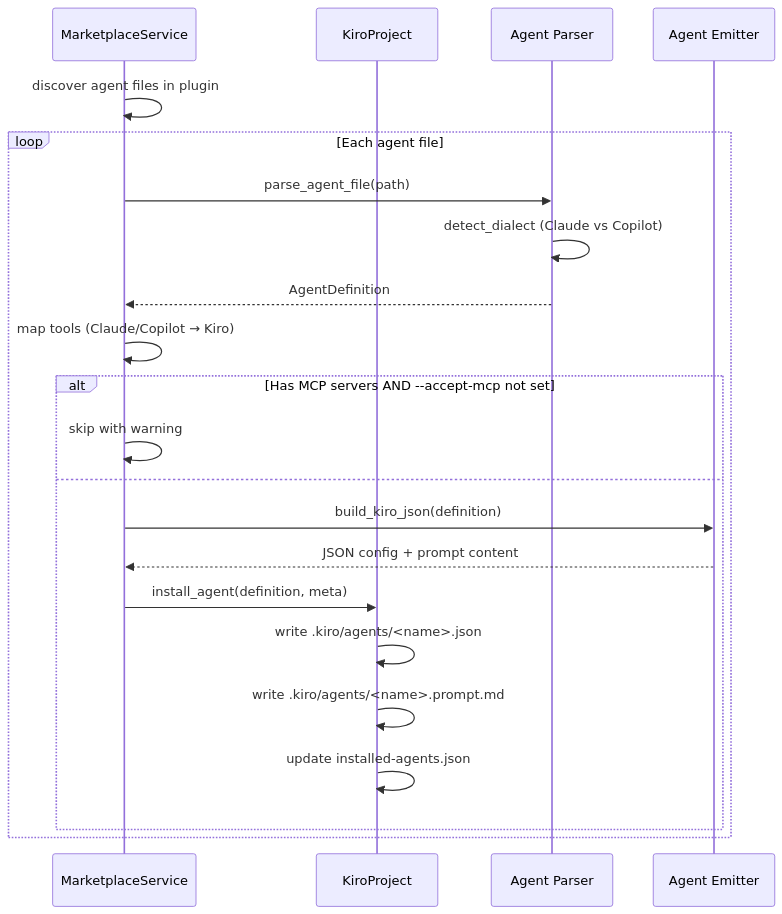
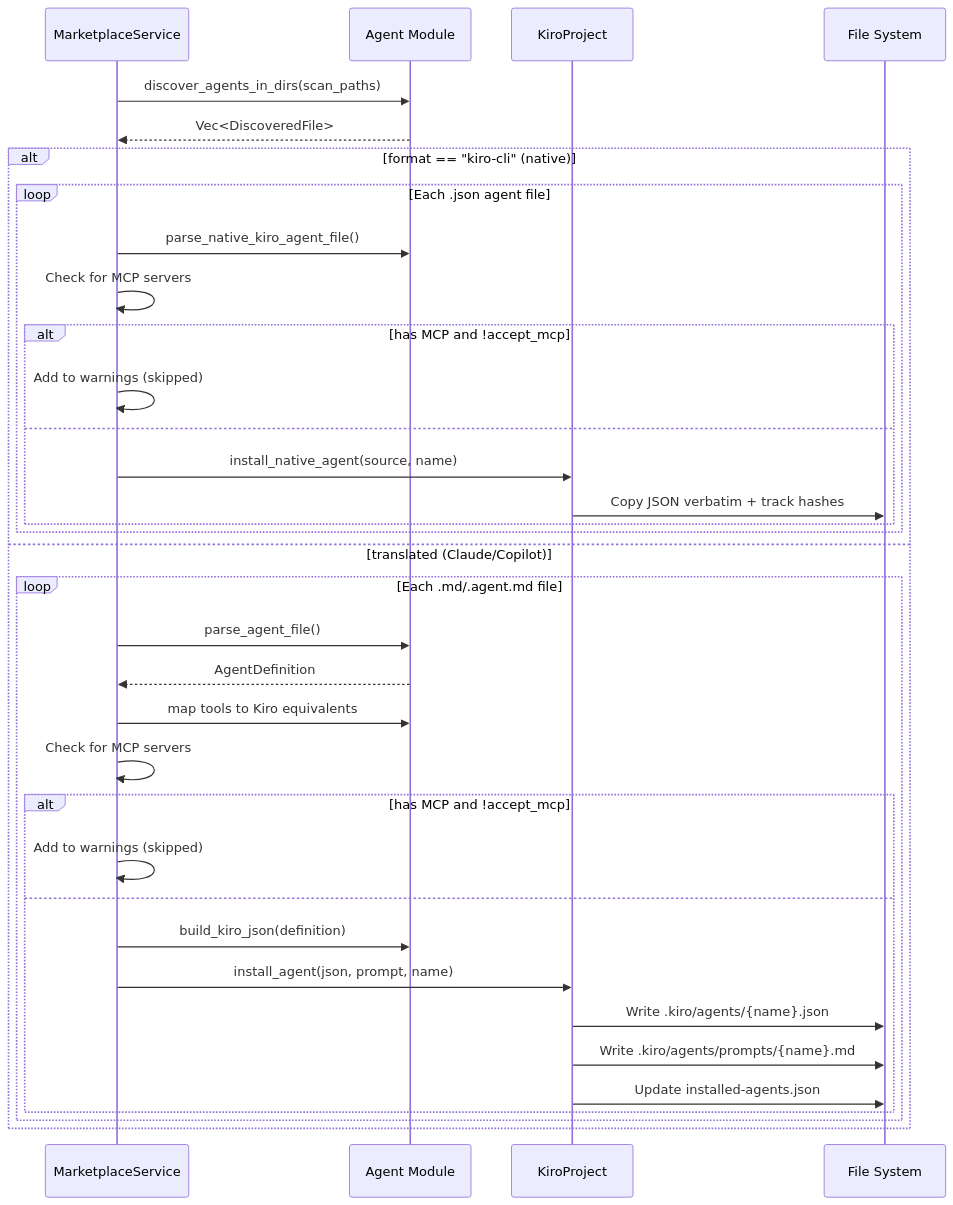
Before and after one commit to dwalleck/kiro-control-center: the third of 7 diagrams in .agents/summary/workflows.md, drawn with Mermaid. The commit also changed other lines of this file and 9 other files, not shown here.

````diff
--- a/.agents/summary/workflows.md
+++ b/.agents/summary/workflows.md
@@ -63,25 +87,39 @@
 ```mermaid
 sequenceDiagram
     participant Service as MarketplaceService
+    participant Agent as Agent Module
     participant Project as KiroProject
-    participant Parser as Agent Parser
-    participant Emitter as Agent Emitter
+    participant FS as File System
 
-    Service->>Service: discover agent files in plugin
-    loop Each agent file
-        Service->>Parser: parse_agent_file(path)
-        Parser->>Parser: detect_dialect (Claude vs Copilot)
-        Parser-->>Service: AgentDefinition
-        Service->>Service: map tools (Claude/Copilot → Kiro)
-        alt Has MCP servers AND --accept-mcp not set
-            Service->>Service: skip with warning
-        else
-            Service->>Emitter: build_kiro_json(definition)
-            Emitter-->>Service: JSON config + prompt content
-            Service->>Project: install_agent(definition, meta)
-            Project->>Project: write .kiro/agents/<name>.json
-            Project->>Project: write .kiro/agents/<name>.prompt.md
-            Project->>Project: update installed-agents.json
+    Service->>Agent: discover_agents_in_dirs(scan_paths)
+    Agent-->>Service: Vec<DiscoveredFile>
+
+    alt format == "kiro-cli" (native)
+        loop Each .json agent file
+            Service->>Agent: parse_native_kiro_agent_file()
+            Service->>Service: Check for MCP servers
+            alt has MCP and !accept_mcp
+                Service->>Service: Add to warnings (skipped)
+            else
+                Service->>Project: install_native_agent(source, name)
+                Project->>FS: Copy JSON verbatim + track hashes
+            end
+        end
+    else translated (Claude/Copilot)
+        loop Each .md/.agent.md file
+            Service->>Agent: parse_agent_file()
+            Agent-->>Service: AgentDefinition
+            Service->>Agent: map tools to Kiro equivalents
+            Service->>Service: Check for MCP servers
+            alt has MCP and !accept_mcp
+                Service->>Service: Add to warnings (skipped)
+            else
+                Service->>Agent: build_kiro_json(definition)
+                Service->>Project: install_agent(json, prompt, name)
+                Project->>FS: Write .kiro/agents/{name}.json
+                Project->>FS: Write .kiro/agents/prompts/{name}.md
+                Project->>FS: Update installed-agents.json
+            end
         end
     end
 ```
````
